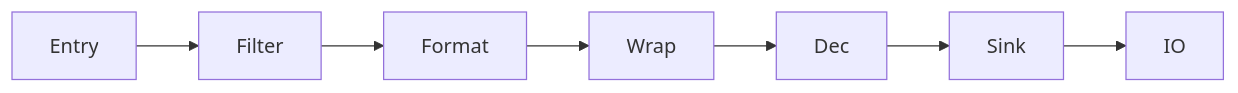
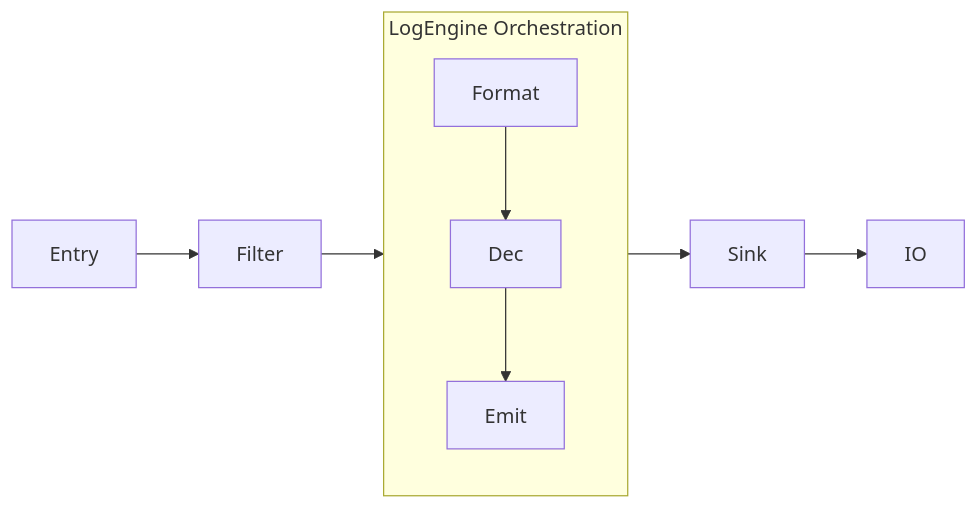
One commit to pooriaaskarim/logd changed the diagram in doc/handler/architecture.md. Above: the diagram before and after it, drawn with Mermaid. The commit also changed other lines of this file and 199 other files, not shown here.

````diff
--- a/doc/handler/architecture.md
+++ b/doc/handler/architecture.md
@@ -9,4 +9,8 @@
 ```mermaid
 flowchart LR
-    Entry --> Filter --> Format --> Wrap --> Dec --> Sink --> IO
+    Entry --> Filter --> Engine --> Sink --> IO
+    subgraph Engine [LogEngine Orchestration]
+      direction TB
+      Format --> Dec --> Emit
+    end
 ```
````
